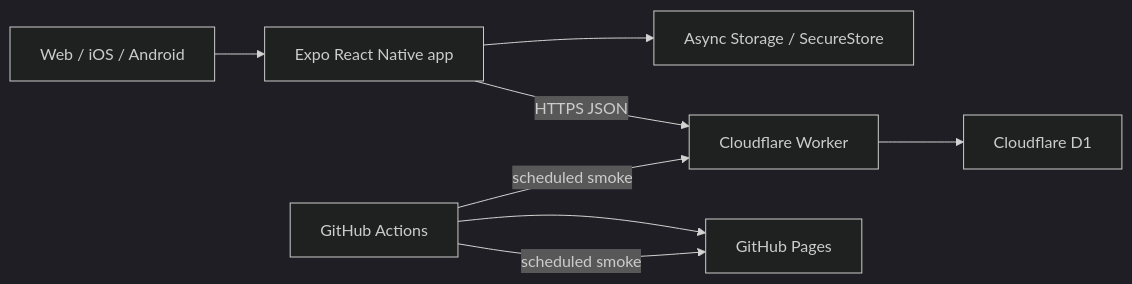
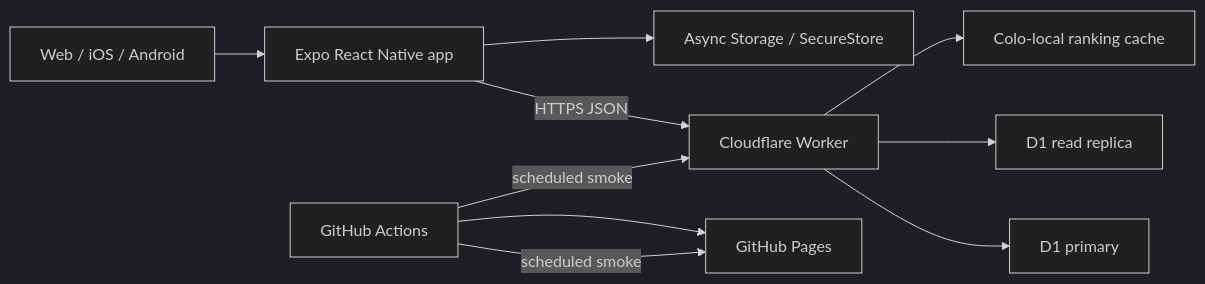
Before and after one commit to toyo1621/StrawberryApp: the diagram in ARCHITECTURE.md, drawn with Mermaid (dark theme). The commit also changed other lines of this file and 74 other files, not shown here.

````diff
--- a/ARCHITECTURE.md
+++ b/ARCHITECTURE.md
@@ -5,10 +5,12 @@
 ```mermaid
 flowchart LR
   U["Web / iOS / Android"] --> A["Expo React Native app"]
   A --> L["Async Storage / SecureStore"]
   A -->|"HTTPS JSON"| W["Cloudflare Worker"]
-  W --> D["Cloudflare D1"]
+  W --> C["Colo-local ranking cache"]
+  W --> R["D1 read replica"]
+  W --> D["D1 primary"]
   G["GitHub Actions"] --> P["GitHub Pages"]
   G -->|"scheduled smoke"| P
   G -->|"scheduled smoke"| W
 ```
````
